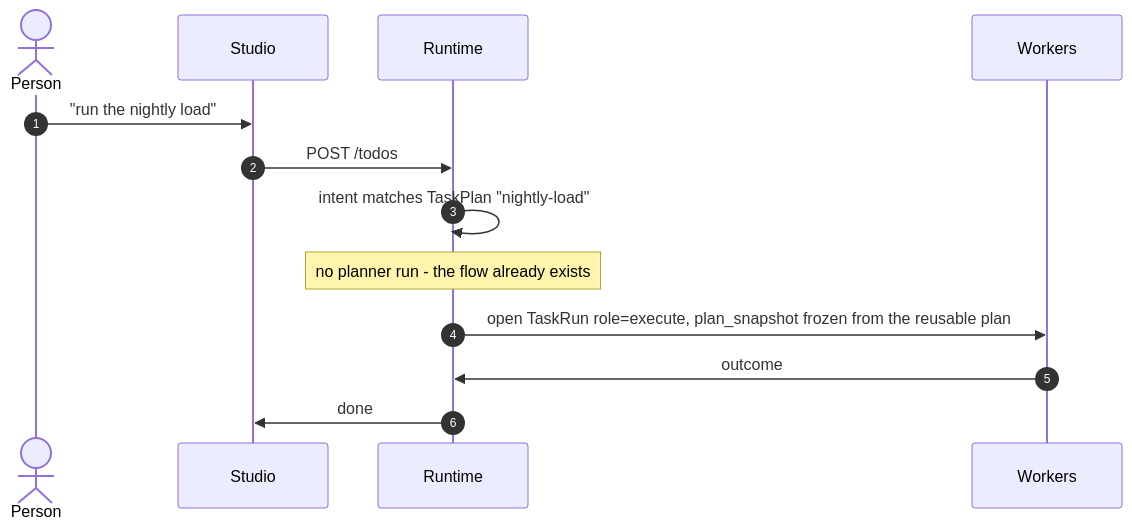
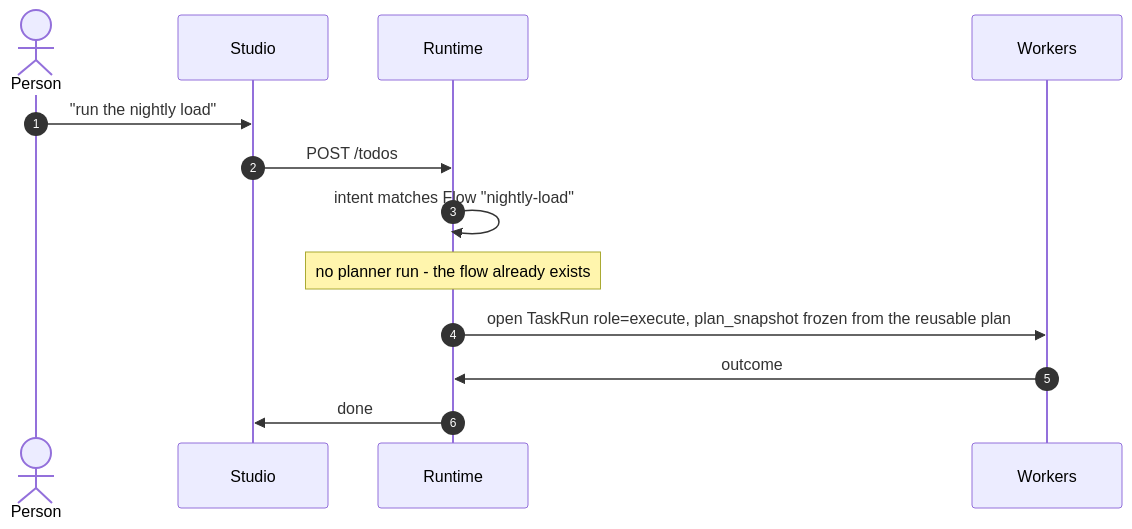
One commit to invana/invana changed the third of 7 diagrams in docs/for-developers/orchestration.md. Above: the diagram before and after it, drawn with Mermaid. The commit also changed other lines of this file and 568 other files, not shown here.

````diff
--- a/docs/for-developers/orchestration.md
+++ b/docs/for-developers/orchestration.md
@@ -403,16 +403,16 @@
 ```mermaid
 sequenceDiagram
     autonumber
     actor P as Person
     participant S as Studio
     participant R as Runtime
     participant W as Workers
 
     P->>S: "run the nightly load"
     S->>R: POST /todos
-    R->>R: intent matches TaskPlan "nightly-load"
+    R->>R: intent matches Flow "nightly-load"
     Note over R: no planner run - the flow already exists
     R->>W: open TaskRun role=execute, plan_snapshot frozen from the reusable plan
     W->>R: outcome
     R->>S: done
 ```
````
